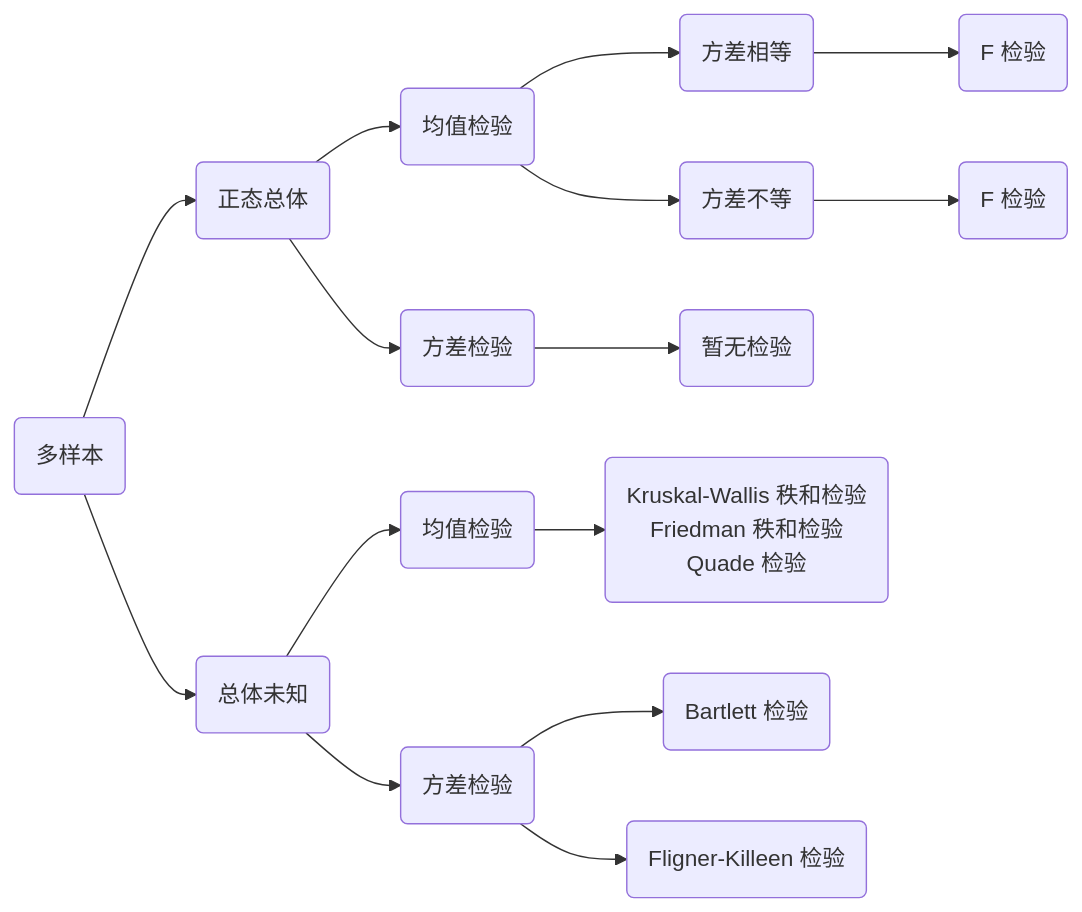
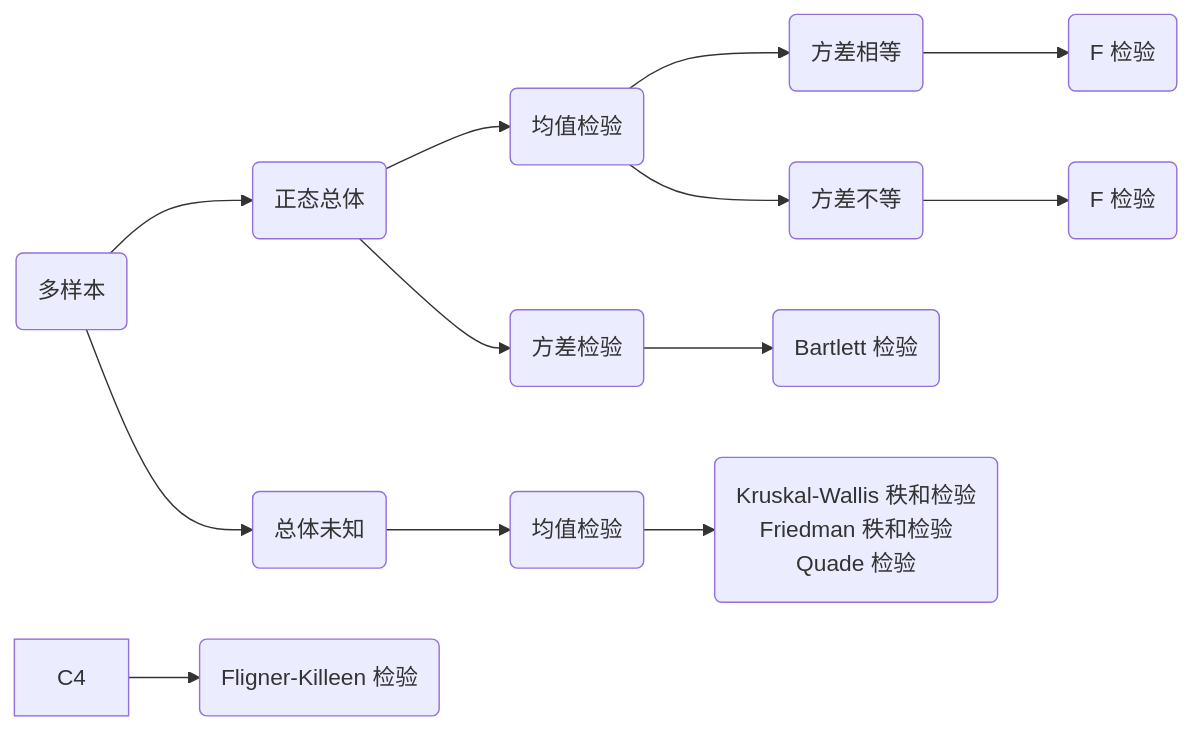
Before and after one commit to XiangyunHuang/data-analysis-in-action: the third of 4 diagrams in common-statistical-tests.qmd, drawn with Mermaid. The commit also changed other lines of this file, not shown here.

````diff
--- a/common-statistical-tests.qmd
+++ b/common-statistical-tests.qmd
@@ -500,15 +500,14 @@
 ```{mermaid}
 %%| label: fig-k-samples
 %%| fig-cap: 多样本检验
 
 flowchart LR
   A(多样本) --> B1(正态总体)
   A  --> B2(总体未知)
   B1 --> C1(均值检验)
   C1 --> D2(方差相等) --> E2(F 检验)
   C1 --> D3(方差不等) --> E3(F 检验)
-  B1 --> C2(方差检验) --> E4(暂无检验)
+  B1 --> C2(方差检验) --> E4(Bartlett 检验)
   B2 --> C3(均值检验) --> E5(Kruskal-Wallis 秩和检验\n Friedman 秩和检验\n Quade 检验)
-  B2 --> C4(方差检验) --> E6(Bartlett 检验)
   C4 --> E7(Fligner-Killeen 检验)
 ```
````
